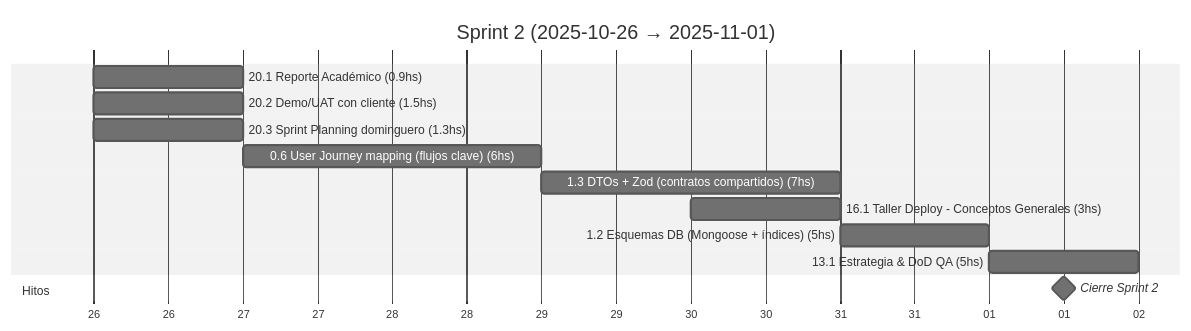
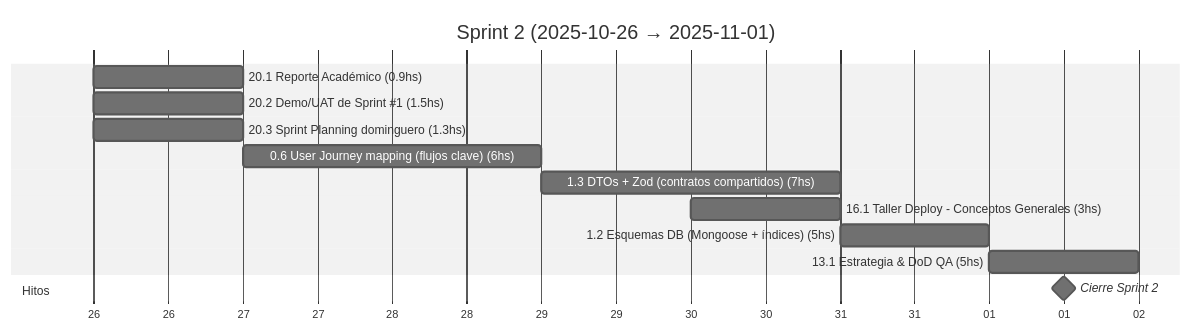
One commit to MarkMed/FleetMan changed the third of 19 diagrams in docs/SprintsGantts.md. Above: the diagram before and after it, drawn with Mermaid (neutral theme). The commit also changed other lines of this file and 2 other files, not shown here.

Commit message:
feat: Update Sprint planning for sprint 11 and update Gantt charts

````diff
--- a/docs/SprintsGantts.md
+++ b/docs/SprintsGantts.md
@@ -78,20 +78,20 @@
 ```mermaid
 gantt
   title Sprint 2 (2025-10-26 → 2025-11-01)
   dateFormat  YYYY-MM-DD
   axisFormat  %d
 
   %% Asumimos 5 h/día. Horas estimadas incluidas en el nombre.
 
   20.1 Reporte Académico (0.9hs)               :t201, 2025-10-26, 1d
-  20.2 Demo/UAT con cliente (1.5hs)            :t202, 2025-10-26, 1d
+  20.2 Demo/UAT de Sprint #1 (1.5hs)           :t202, 2025-10-26, 1d
   20.3 Sprint Planning dominguero (1.3hs)      :t203, 2025-10-26, 1d
   0.6 User Journey mapping (flujos clave) (6hs) :t06, after t203, 2d
   1.3 DTOs + Zod (contratos compartidos) (7hs) :t13, after t06, 2d
   16.1 Taller Deploy - Conceptos Generales (3hs) :t161, 2025-10-30, 1d
   1.2 Esquemas DB (Mongoose + índices) (5hs)   :t12, after t13, 1d
   13.1 Estrategia & DoD QA (5hs)               :t131, after t12, 1d
 
   section Hitos
   Cierre Sprint 2                              :milestone, s2, 2025-11-01, 1d
 ```
````
